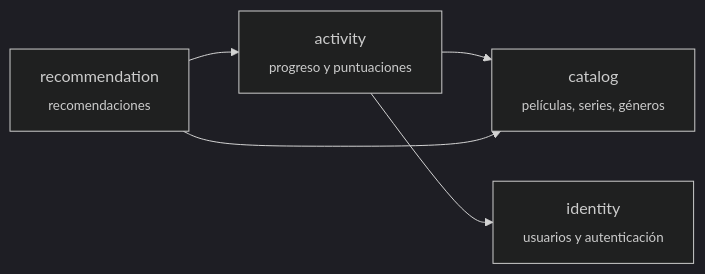
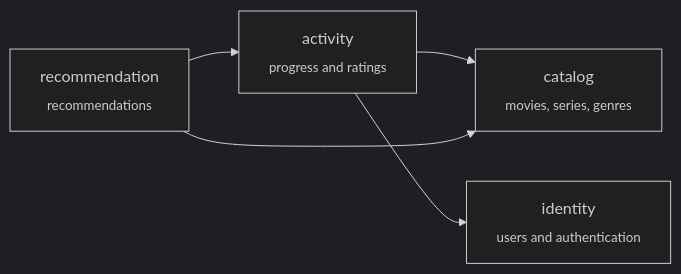
The diagram in README.md (paulaciano/streamstories), drawn with Mermaid (dark theme) before and after one commit. The commit also changed other lines of this file and 46 other files, not shown here.

````diff
--- a/README.md
+++ b/README.md
@@ -32,12 +36,12 @@
 ```mermaid
 flowchart LR
-    identity["identity<br/><sub>usuarios y autenticación</sub>"]
-    catalog["catalog<br/><sub>películas, series, géneros</sub>"]
-    activity["activity<br/><sub>progreso y puntuaciones</sub>"]
-    reco["recommendation<br/><sub>recomendaciones</sub>"]
+    identity["identity<br/><sub>users and authentication</sub>"]
+    catalog["catalog<br/><sub>movies, series, genres</sub>"]
+    activity["activity<br/><sub>progress and ratings</sub>"]
+    reco["recommendation<br/><sub>recommendations</sub>"]
 
     activity --> catalog
     activity --> identity
     reco --> activity
     reco --> catalog
 ```
````
